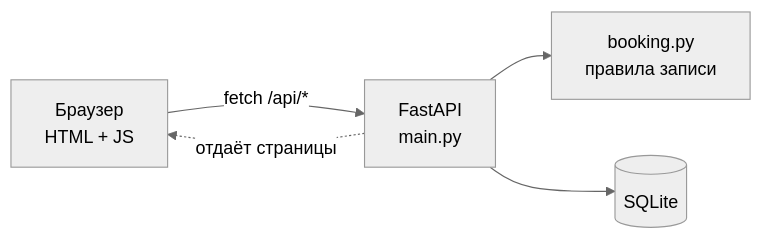
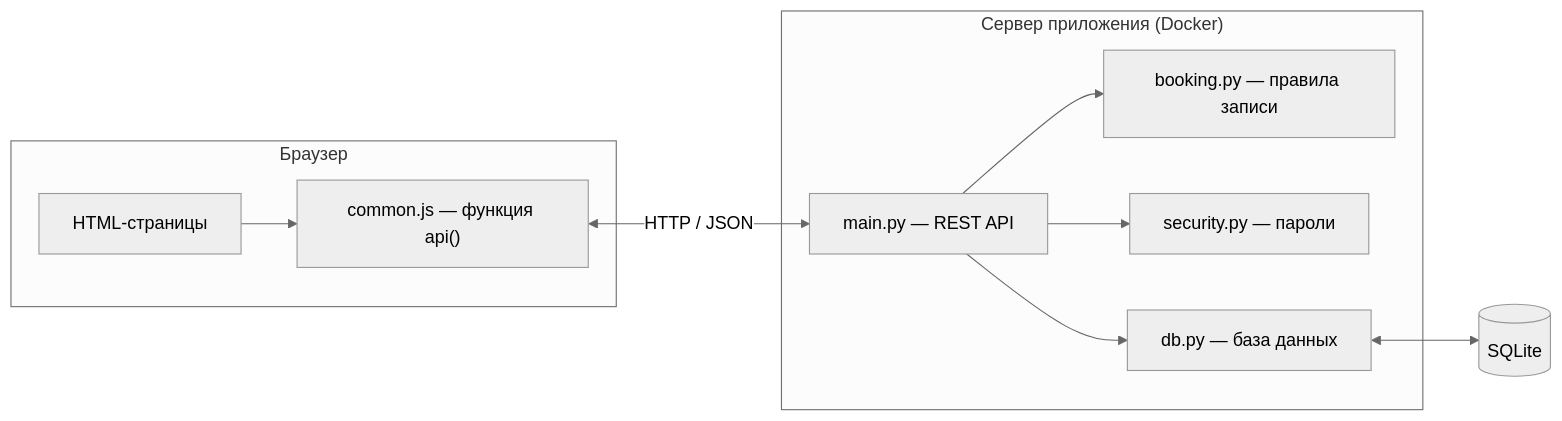
One commit to pvts19/Gruminf_SPO changed the sixth of 7 diagrams in README.md. Above: the diagram before and after it, drawn with Mermaid (neutral theme). The commit also changed other lines of this file and 8 other files, not shown here.

````diff
--- a/README.md
+++ b/README.md
@@ -48,7 +273,20 @@
 ```mermaid
 flowchart LR
-    B[Браузер<br/>HTML + JS] -- "fetch /api/*" --> S[FastAPI<br/>main.py]
-    S --> L[booking.py<br/>правила записи]
-    S --> D[(SQLite)]
-    S -. "отдаёт страницы" .-> B
+    subgraph CL["Браузер"]
+        P["HTML-страницы"]
+        J["common.js — функция api()"]
+        P --> J
+    end
+    subgraph APP["Сервер приложения (Docker)"]
+        M["main.py — REST API"]
+        B["booking.py — правила записи"]
+        SEC["security.py — пароли"]
+        D["db.py — база данных"]
+        M --> B
+        M --> SEC
+        M --> D
+    end
+    DB[("SQLite")]
+    J <-- "HTTP / JSON" --> M
+    D <--> DB
 ```
````
